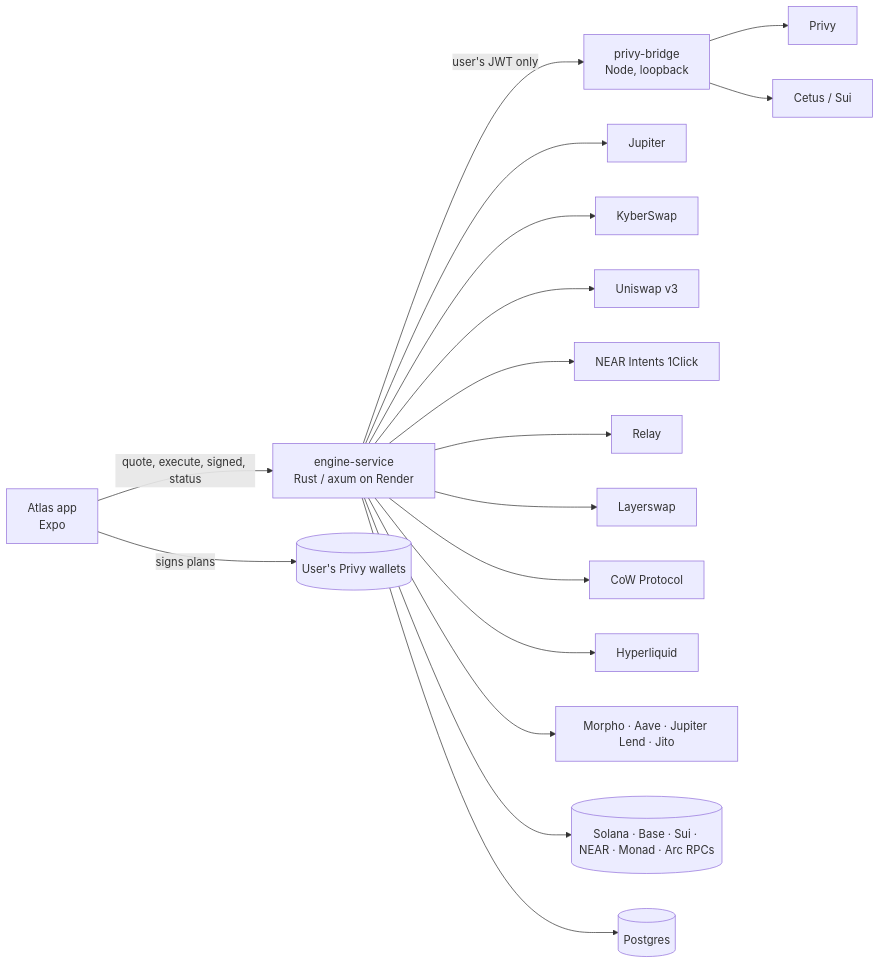
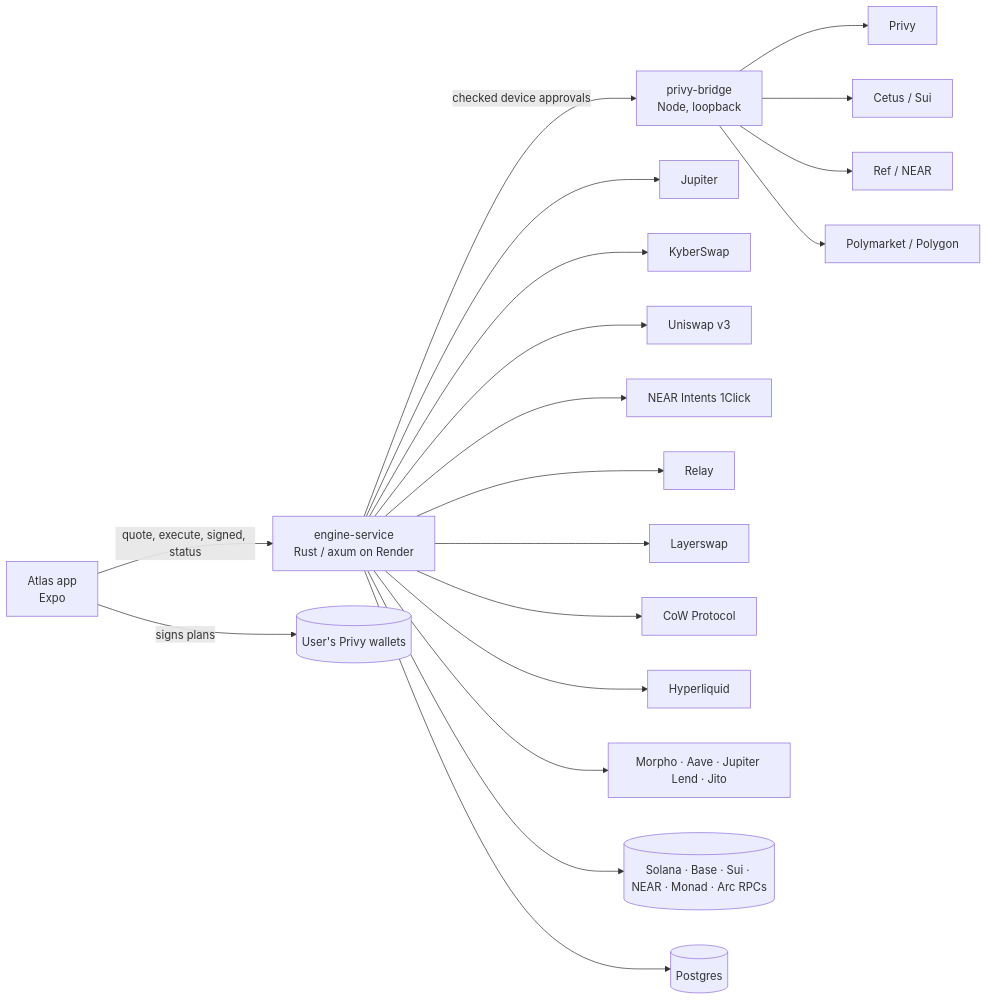
One commit to Iwetan77/Atlas-Engine changed the diagram in README.md. Above: the diagram before and after it, drawn with Mermaid. The commit also changed other lines of this file and 41 other files, not shown here.

````diff
--- a/README.md
+++ b/README.md
@@ -113,13 +126,13 @@
 ```mermaid
 flowchart LR
   APP[Atlas app<br/>Expo] -->|quote, execute, signed, status| API[engine-service<br/>Rust / axum on Render]
   APP -->|signs plans| PRIVYW[(User's Privy wallets)]
-  API -->|user's JWT only| BRIDGE[privy-bridge<br/>Node, loopback]
+  API -->|checked device approvals| BRIDGE[privy-bridge<br/>Node, loopback]
   BRIDGE --> PRIVY[Privy]
   API --> JUP[Jupiter] & KYBER[KyberSwap] & UNI[Uniswap v3] & ONECLICK[NEAR Intents 1Click]
   API --> RELAY[Relay] & LS[Layerswap] & COW[CoW Protocol]
   API --> HL[Hyperliquid] & EARN[Morpho · Aave · Jupiter Lend · Jito]
-  BRIDGE --> CETUS[Cetus / Sui]
+  BRIDGE --> CETUS[Cetus / Sui] & REF[Ref / NEAR] & PM[Polymarket / Polygon]
   API --> RPC[(Solana · Base · Sui · NEAR · Monad · Arc RPCs)]
   API --> PG[(Postgres)]
 ```
````
